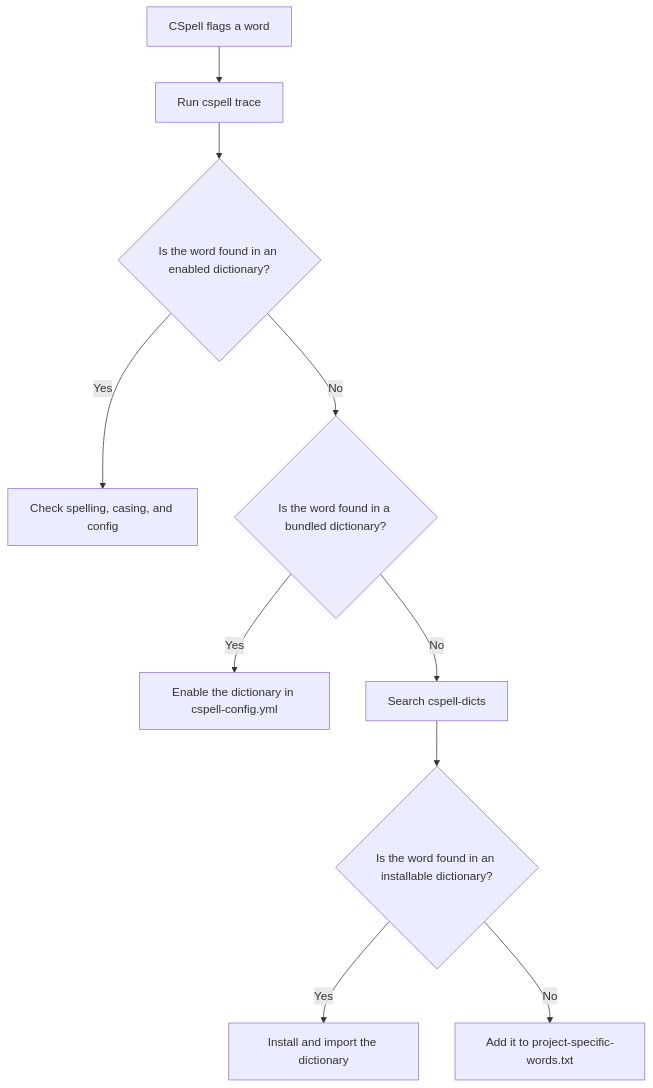
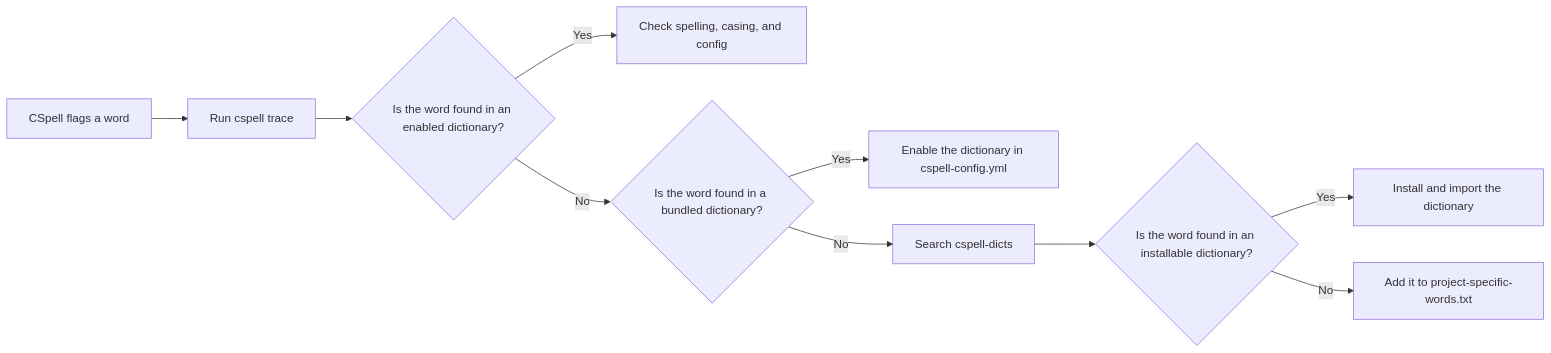
The diagram in .config/cspell/README.md (ScilifelabDataCentre/data-centre-template), drawn with Mermaid before and after one commit.

Commit message:
left to right instead

````diff
--- a/.config/cspell/README.md
+++ b/.config/cspell/README.md
@@ -75,12 +75,12 @@
 ```mermaid
-flowchart TD
+flowchart LR
     A[CSpell flags a word] --> B[Run cspell trace]
     B --> C{Is the word found in an enabled dictionary?}
     C -->|Yes| D[Check spelling, casing, and config]
     C -->|No| E{Is the word found in a bundled dictionary?}
     E -->|Yes| F[Enable the dictionary in cspell-config.yml]
     E -->|No| G[Search cspell-dicts]
     G --> H{Is the word found in an installable dictionary?}
     H -->|Yes| I[Install and import the dictionary]
     H -->|No| J[Add it to project-specific-words.txt]
 ```
````
